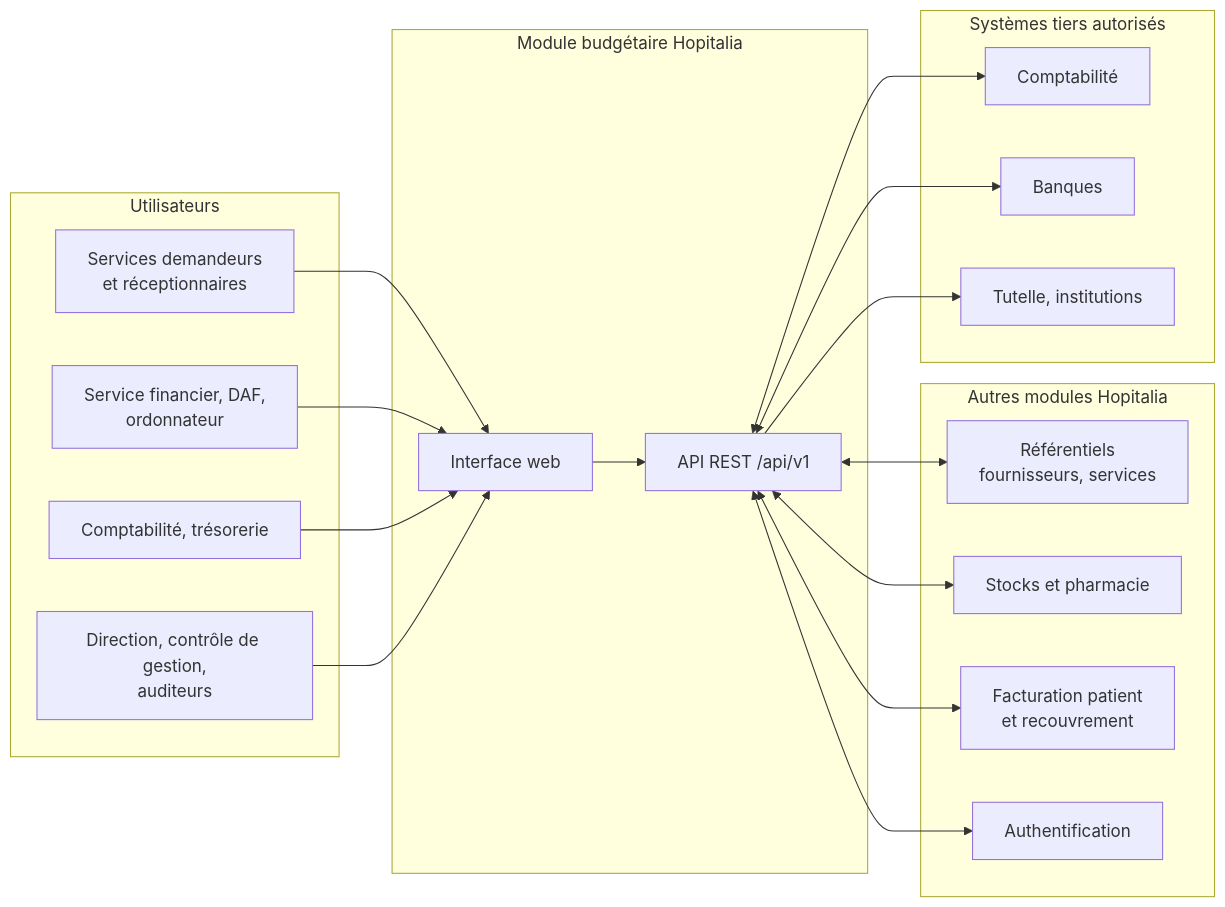
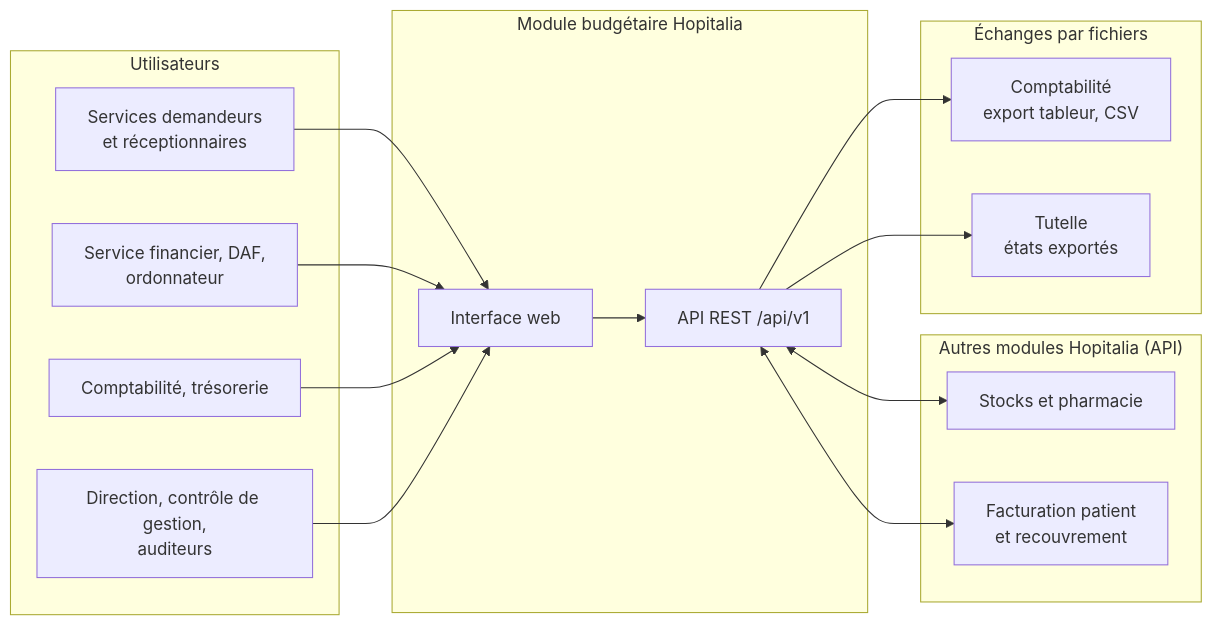
Before and after one commit to LordPhenixDeNetra/hopitalia-budget: the first of 17 diagrams in Backend/Cahier_des_charges_Module_Budgetaire_Hopitalia_V3.md, drawn with Mermaid. The commit also changed other lines of this file and 1 other file, not shown here.

````diff
--- a/Backend/Cahier_des_charges_Module_Budgetaire_Hopitalia_V3.md
+++ b/Backend/Cahier_des_charges_Module_Budgetaire_Hopitalia_V3.md
@@ -80,33 +81,27 @@
 ```mermaid
 flowchart LR
   subgraph Utilisateurs
     U1["Services demandeurs<br/>et réceptionnaires"]
     U2["Service financier, DAF,<br/>ordonnateur"]
     U3["Comptabilité, trésorerie"]
     U4["Direction, contrôle de gestion,<br/>auditeurs"]
   end
   subgraph Module["Module budgétaire Hopitalia"]
     UI["Interface web"]
     API["API REST /api/v1"]
     UI --> API
   end
-  subgraph Hopitalia["Autres modules Hopitalia"]
-    REF["Référentiels<br/>fournisseurs, services"]
+  subgraph Hopitalia["Autres modules Hopitalia (API)"]
     STK["Stocks et pharmacie"]
     FAC["Facturation patient<br/>et recouvrement"]
-    SSO["Authentification"]
   end
-  subgraph Tiers["Systèmes tiers autorisés"]
-    CPT["Comptabilité"]
-    BNK["Banques"]
-    INST["Tutelle, institutions"]
+  subgraph Fichiers["Échanges par fichiers"]
+    CPT["Comptabilité<br/>export tableur, CSV"]
+    INST["Tutelle<br/>états exportés"]
   end
   U1 & U2 & U3 & U4 --> UI
-  API <--> REF
   API <--> STK
   API <--> FAC
-  API <--> SSO
-  API <--> CPT
-  API <--> BNK
+  API --> CPT
   API --> INST
 ```
````
